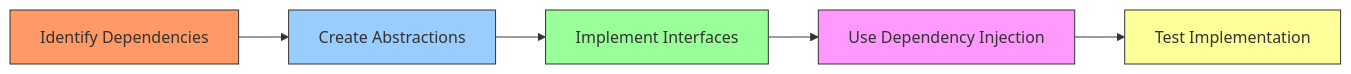
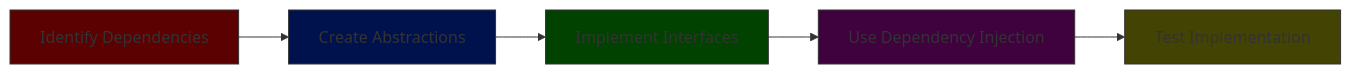
The second of 3 diagrams in DIP/README.md (hezronkimutai/solid_principles), drawn with Mermaid before and after one commit. The commit also changed other lines of this file and 5 other files, not shown here.

````diff
--- a/DIP/README.md
+++ b/DIP/README.md
@@ -48,12 +48,12 @@
 ```mermaid
 graph LR
     A[Identify Dependencies] --> B[Create Abstractions]
     B --> C[Implement Interfaces]
     C --> D[Use Dependency Injection]
     D --> E[Test Implementation]
-    style A fill:#f96,stroke:#333
-    style B fill:#9cf,stroke:#333
-    style C fill:#9f9,stroke:#333
-    style D fill:#f9f,stroke:#333
-    style E fill:#ff9,stroke:#333
+    style A fill:#5b0101,stroke:#333
+    style B fill:#00124e,stroke:#333
+    style C fill:#014201,stroke:#333
+    style D fill:#3f023f,stroke:#333
+    style E fill:#434303,stroke:#333
 ```
````
